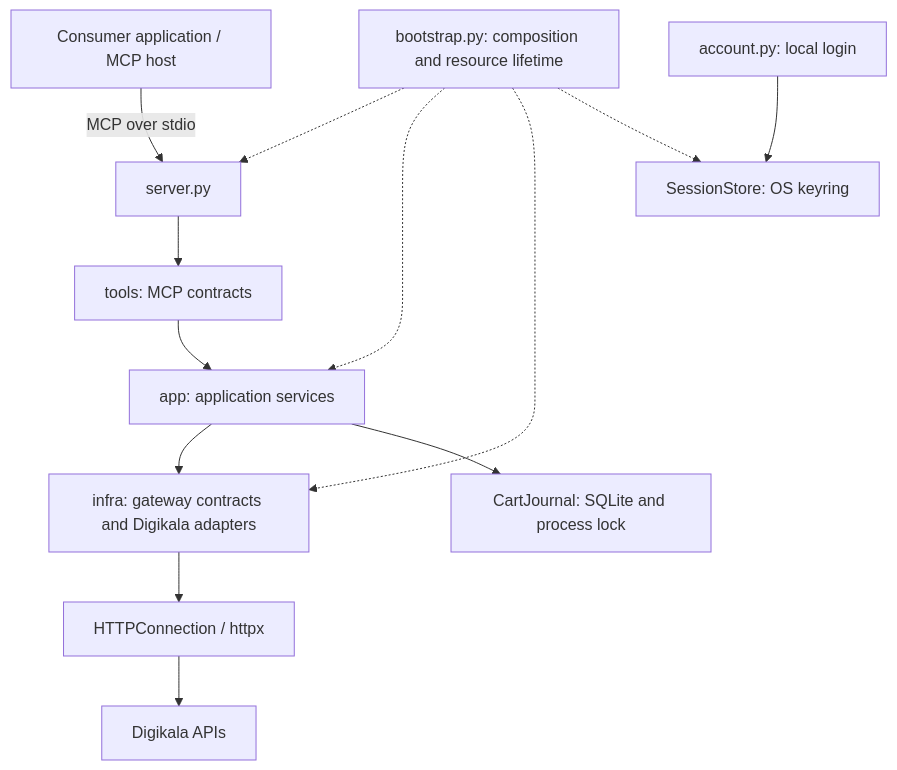
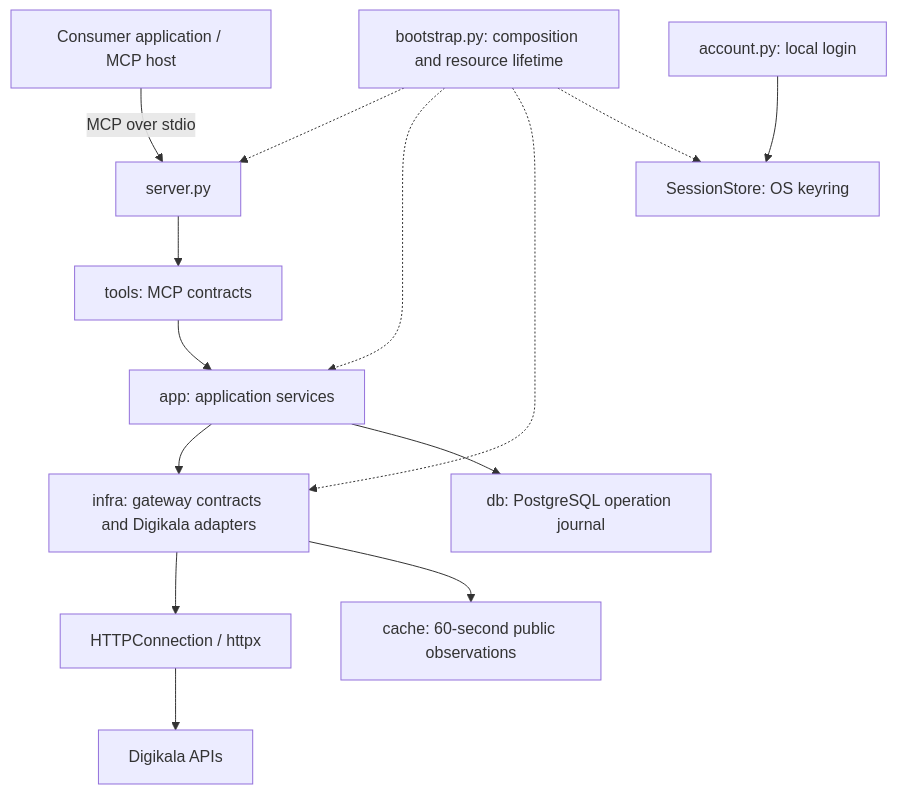
The diagram in README.md (stupidprogrammer4/digikala-mcp), drawn with Mermaid before and after one commit. The commit also changed other lines of this file, not shown here.

Commit message:
docs: describe the MCP architecture and persistence boundaries

````diff
--- a/README.md
+++ b/README.md
@@ -38,15 +44,16 @@
 ```mermaid
 flowchart TD
     Host[Consumer application / MCP host] -->|MCP over stdio| Server[server.py]
     Server --> Tools[tools: MCP contracts]
     Tools --> App[app: application services]
     App --> Gateways[infra: gateway contracts and Digikala adapters]
     Gateways --> HTTP[HTTPConnection / httpx]
     HTTP --> Digikala[Digikala APIs]
-    App --> Journal[CartJournal: SQLite and process lock]
+    App --> Journal[db: PostgreSQL operation journal]
+    Gateways --> Cache[cache: 60-second public observations]
     Bootstrap[bootstrap.py: composition and resource lifetime] -.-> Server
     Bootstrap -.-> App
     Bootstrap -.-> Gateways
     Bootstrap -.-> Sessions[SessionStore: OS keyring]
     Account[account.py: local login] --> Sessions
 ```
````
